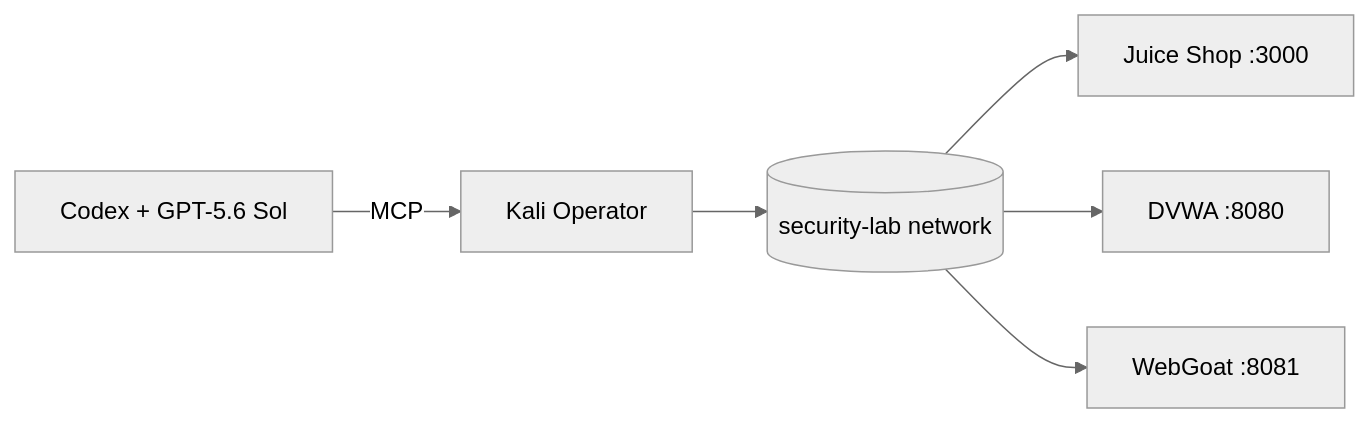
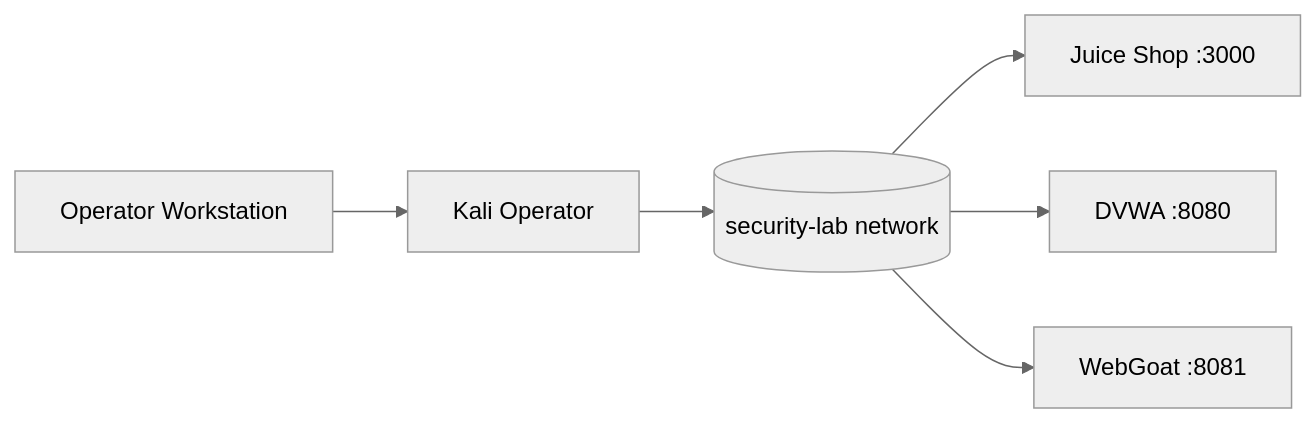
The diagram in README.md (thewire1o1/Security-Lab), drawn with Mermaid (neutral theme) before and after one commit. The commit also changed other lines of this file, not shown here.

````diff
--- a/README.md
+++ b/README.md
@@ -30,8 +30,8 @@
 ```mermaid
 flowchart LR
-    A[Codex + GPT-5.6 Sol] -->|MCP| B[Kali Operator]
+    O[Operator Workstation] --> B[Kali Operator]
     B --> N[(security-lab network)]
     N --> J[Juice Shop :3000]
     N --> D[DVWA :8080]
     N --> W[WebGoat :8081]
 ```
````
